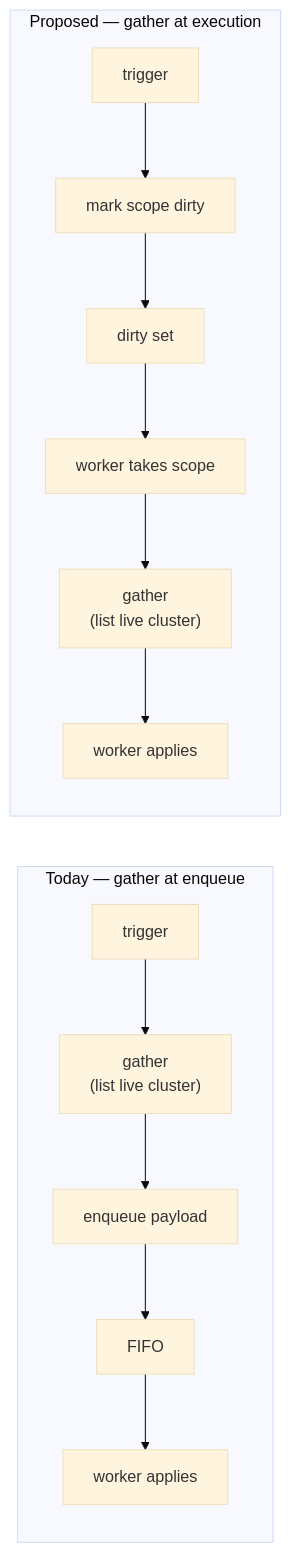
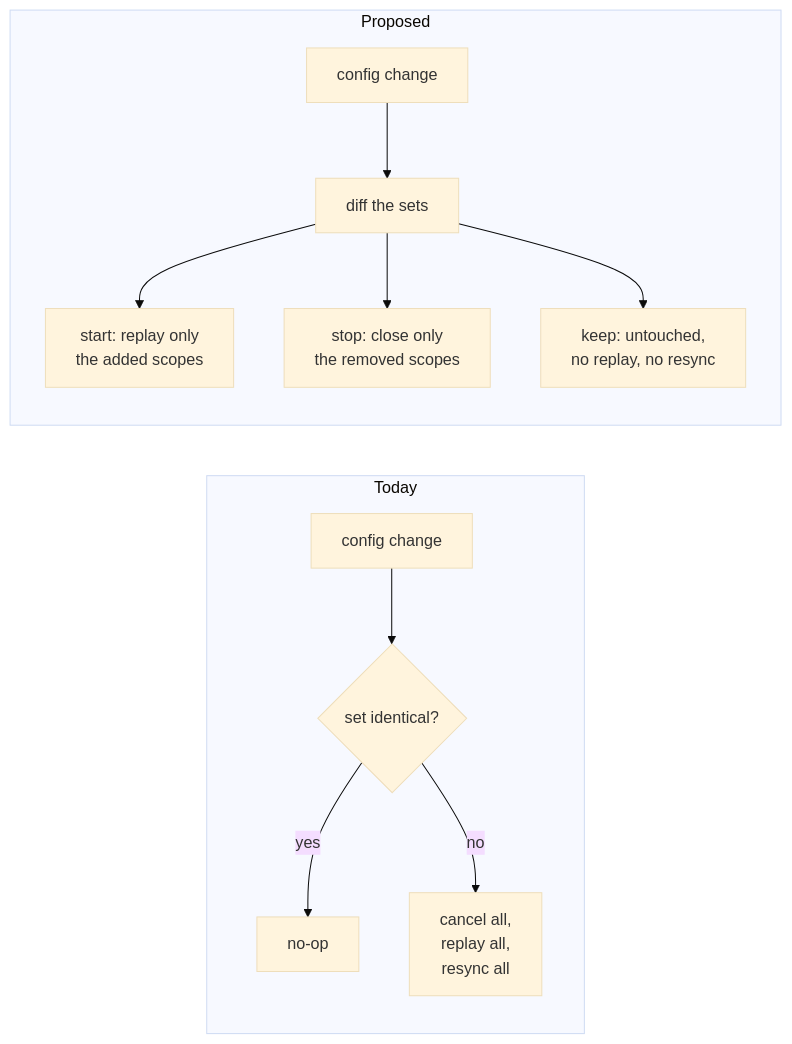
The sixth of 8 diagrams in docs/design/data-plane-triggering.md (ConfigButler/gitops-reverser), drawn with Mermaid (base theme) before and after one commit. The commit also changed other lines of this file, not shown here.

First line of the commit message:
docs(design): make stream-set diffing the proposal

````diff
--- a/docs/design/data-plane-triggering.md
+++ b/docs/design/data-plane-triggering.md
@@ -267,16 +332,14 @@
 ```mermaid
 flowchart LR
-    subgraph Today["Today — gather at enqueue"]
-        T1["trigger"] --> T2["gather<br/>(list live cluster)"]
-        T2 --> T3["enqueue payload"]
-        T3 --> T4["FIFO"]
-        T4 --> T5["worker applies"]
+    subgraph Now["Today"]
+        N1["config change"] --> N2{"set identical?"}
+        N2 -->|"yes"| N3["no-op"]
+        N2 -->|"no"| N4["cancel all,<br/>replay all,<br/>resync all"]
     end
-    subgraph Proposed["Proposed — gather at execution"]
-        P1["trigger"] --> P2["mark scope dirty"]
-        P2 --> P3["dirty set"]
-        P3 --> P4["worker takes scope"]
-        P4 --> P5["gather<br/>(list live cluster)"]
-        P5 --> P6["worker applies"]
+    subgraph Next["Proposed"]
+        X1["config change"] --> X2["diff the sets"]
+        X2 --> X3["start: replay only<br/>the added scopes"]
+        X2 --> X4["stop: close only<br/>the removed scopes"]
+        X2 --> X5["keep: untouched,<br/>no replay, no resync"]
     end
 ```
````
